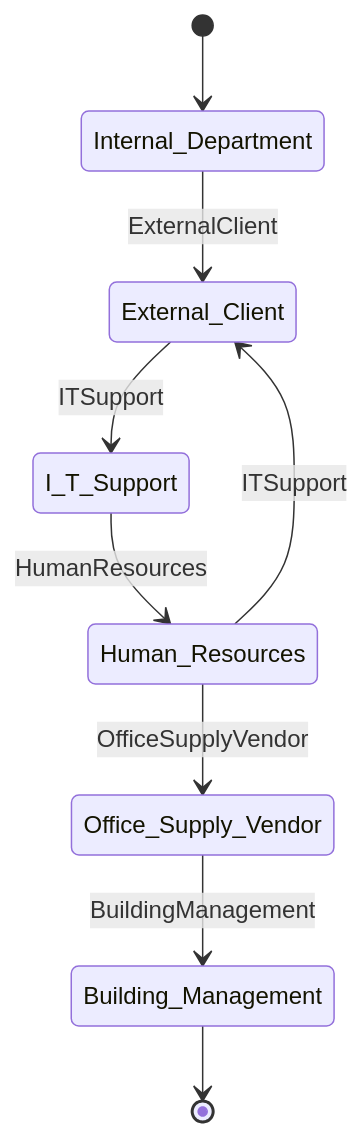
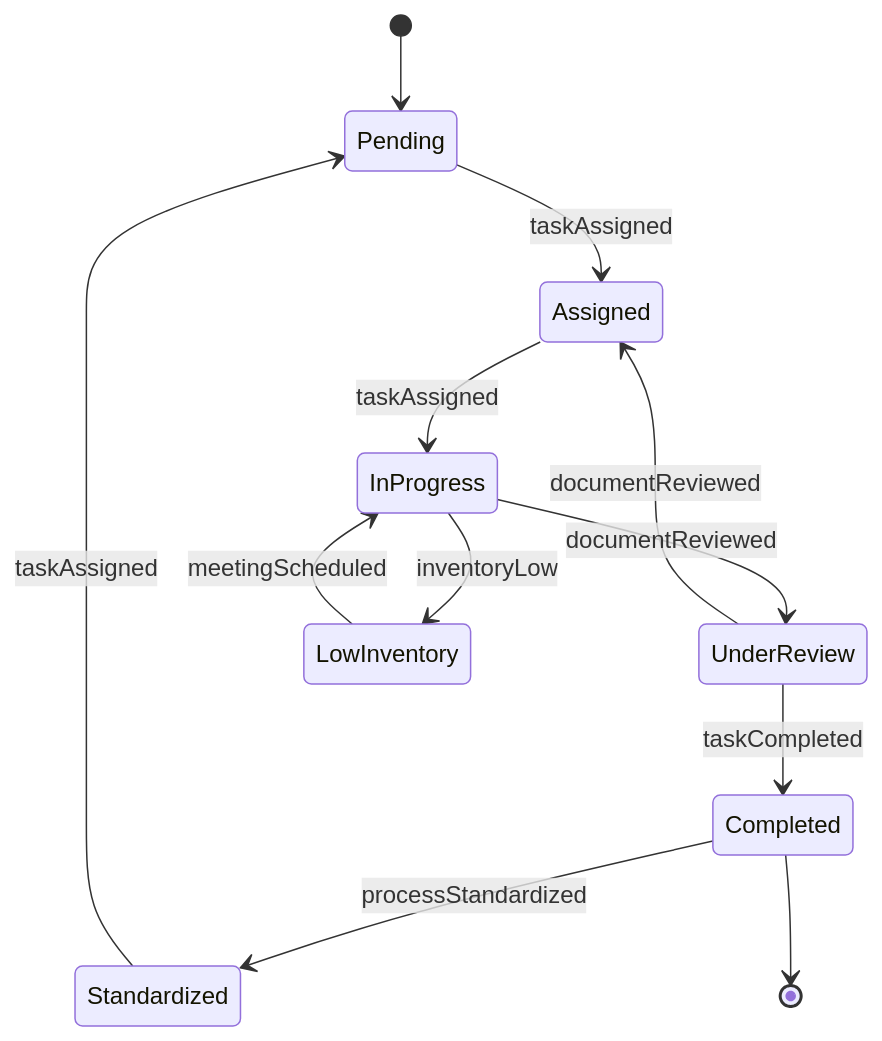
One commit to dot-org-ai/tasks.org.ai changed the second of 4 diagrams in GuidingDirectingAndMotivatingSubordinates/SupervisePersonnelActivities/SuperviseClericalAdministrativePersonnel.mdx. Above: the diagram before and after it, drawn with Mermaid. The commit also changed other lines of this file and 515 other files, not shown here.

````diff
--- a/GuidingDirectingAndMotivatingSubordinates/SupervisePersonnelActivities/SuperviseClericalAdministrativePersonnel.mdx
+++ b/GuidingDirectingAndMotivatingSubordinates/SupervisePersonnelActivities/SuperviseClericalAdministrativePersonnel.mdx
@@ -102,11 +99,14 @@
 ```mermaid
 stateDiagram-v2
-    [*] --> Internal_Department
-    Internal_Department --> External_Client: ExternalClient
-    External_Client --> I_T_Support: ITSupport
-    I_T_Support --> Human_Resources: HumanResources
-    Human_Resources --> Office_Supply_Vendor: OfficeSupplyVendor
-    Office_Supply_Vendor --> Building_Management: BuildingManagement
-    Human_Resources --> External_Client: ITSupport
-    Building_Management --> [*]
+    [*] --> Pending
+    Pending --> Assigned : taskAssigned
+    Assigned --> InProgress : taskAssigned
+    InProgress --> UnderReview : documentReviewed
+    UnderReview --> Assigned : documentReviewed
+    UnderReview --> Completed : taskCompleted
+    Completed --> Standardized : processStandardized
+    Standardized --> Pending : taskAssigned
+    InProgress --> LowInventory : inventoryLow
+    LowInventory --> InProgress : meetingScheduled
+    Completed --> [*]
 ```
````
